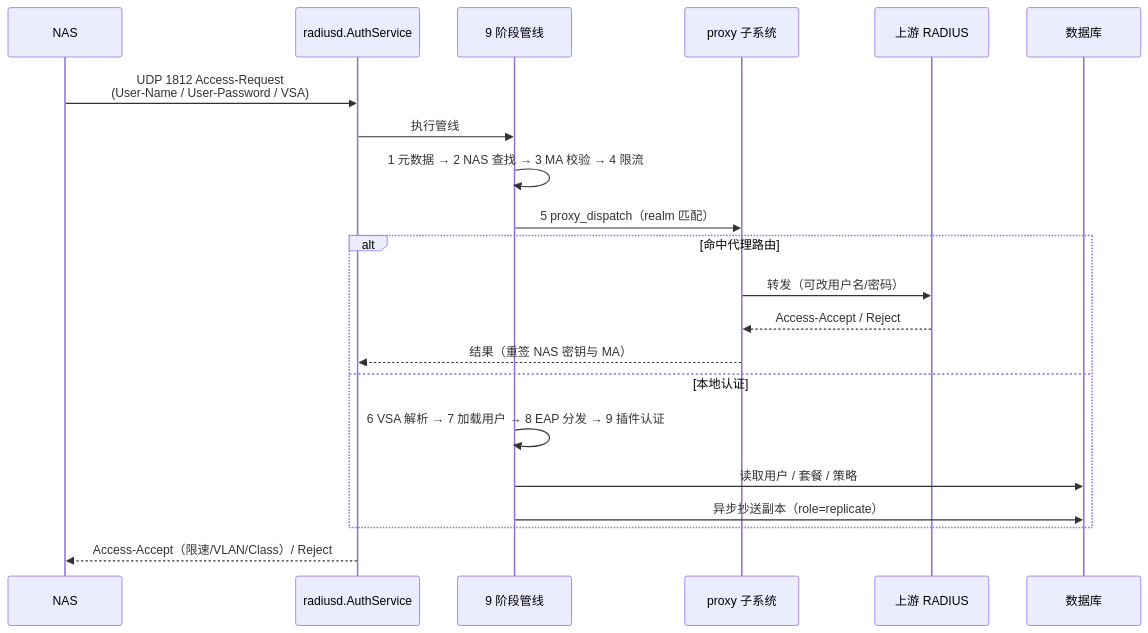
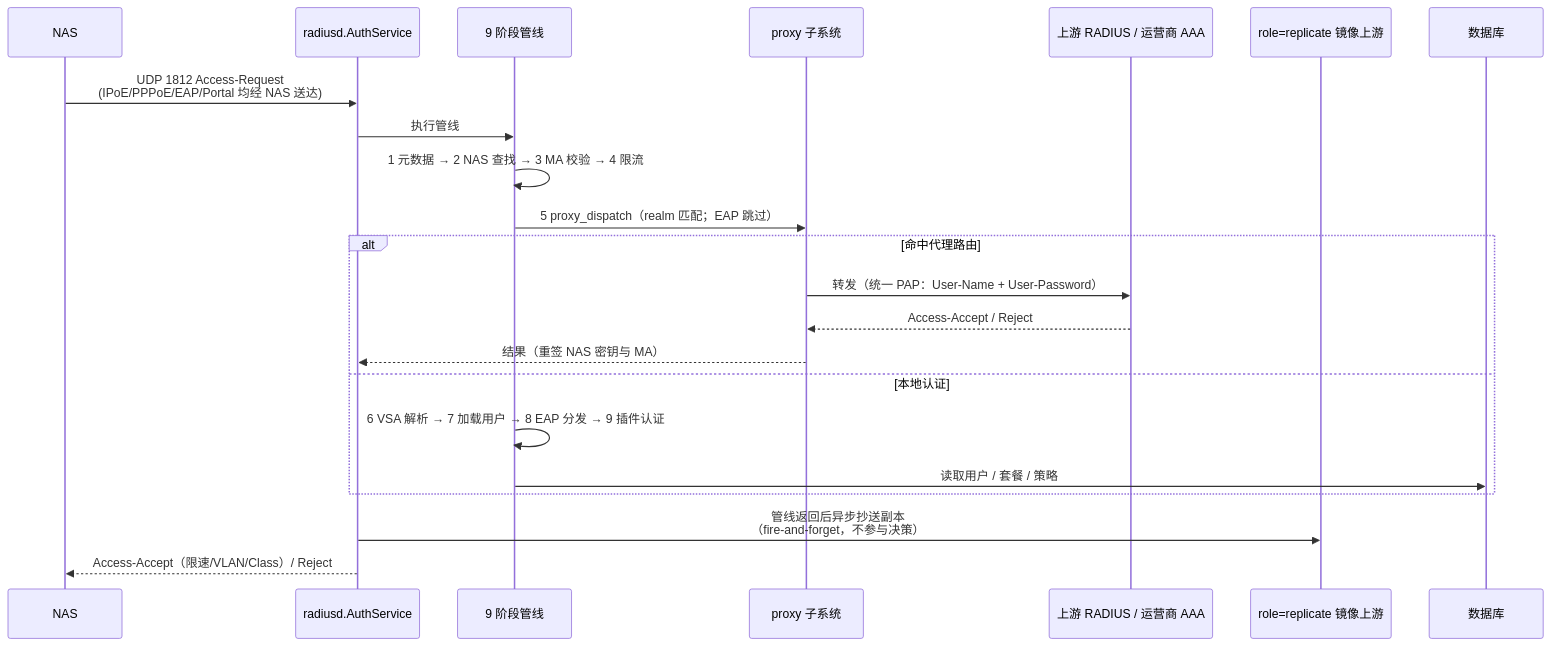
Before and after one commit to fanchaoping37/toughradius: the second of 8 diagrams in docs/PROJECT-GUIDE.md, drawn with Mermaid. The commit also changed other lines of this file and 7 other files, not shown here.

Commit message:
docs: freeze 7 business clarifications (architecture baseline only, no code changes)

````diff
--- a/docs/PROJECT-GUIDE.md
+++ b/docs/PROJECT-GUIDE.md
@@ -94,24 +96,25 @@
 ```mermaid
 sequenceDiagram
     participant NAS
     participant S as radiusd.AuthService
     participant P as 9 阶段管线
     participant PX as proxy 子系统
-    participant UP as 上游 RADIUS
+    participant UP as 上游 RADIUS / 运营商 AAA
+    participant REP as role=replicate 镜像上游
     participant DB as 数据库
 
-    NAS->>S: UDP 1812 Access-Request<br/>(User-Name / User-Password / VSA)
+    NAS->>S: UDP 1812 Access-Request<br/>(IPoE/PPPoE/EAP/Portal 均经 NAS 送达)
     S->>P: 执行管线
     P->>P: 1 元数据 → 2 NAS 查找 → 3 MA 校验 → 4 限流
-    P->>PX: 5 proxy_dispatch（realm 匹配）
+    P->>PX: 5 proxy_dispatch（realm 匹配；EAP 跳过）
     alt 命中代理路由
-        PX->>UP: 转发（可改用户名/密码）
+        PX->>UP: 转发（统一 PAP：User-Name + User-Password）
         UP-->>PX: Access-Accept / Reject
         PX-->>S: 结果（重签 NAS 密钥与 MA）
     else 本地认证
         P->>P: 6 VSA 解析 → 7 加载用户 → 8 EAP 分发 → 9 插件认证
         P->>DB: 读取用户 / 套餐 / 策略
-        P->>DB: 异步抄送副本（role=replicate）
     end
+    S->>REP: 管线返回后异步抄送副本<br/>（fire-and-forget，不参与决策）
     S-->>NAS: Access-Accept（限速/VLAN/Class）/ Reject
 ```
````
